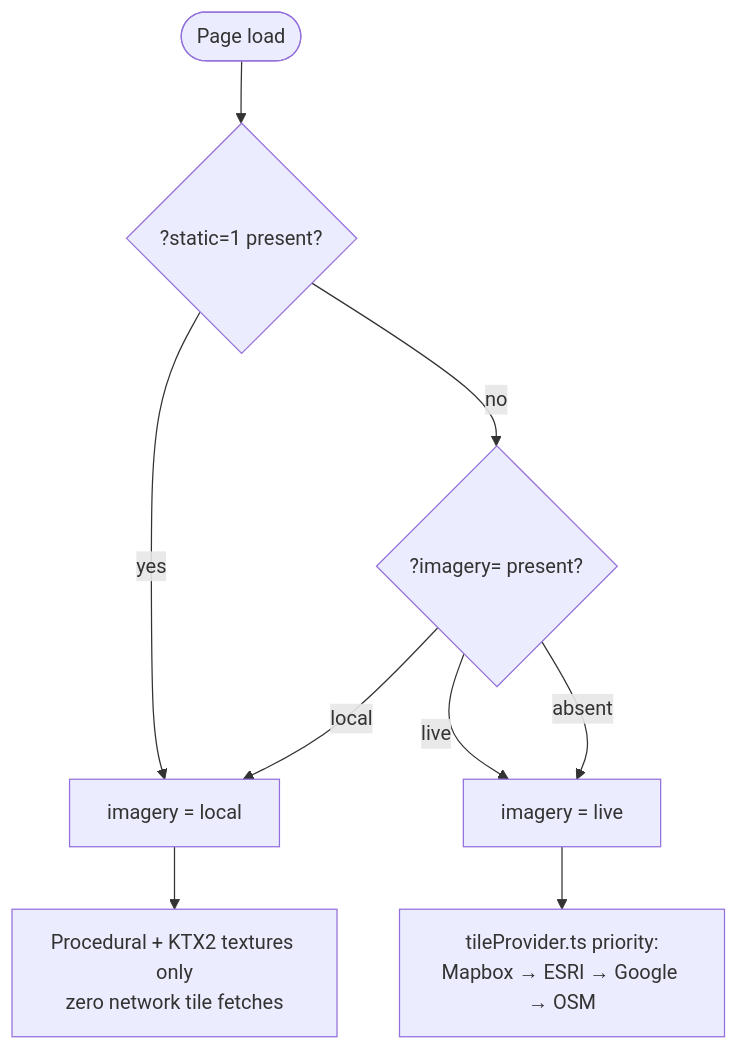
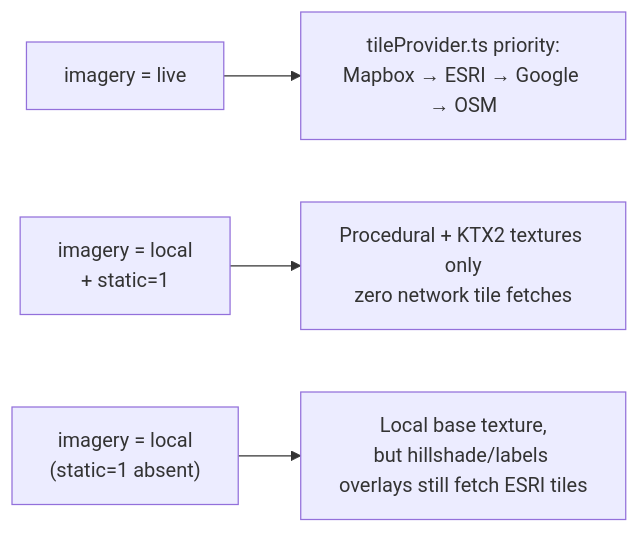
Before and after one commit to companionintelligence/CI-Spatial-Atlas: the eighth of 14 diagrams in docs/architecture.md, drawn with Mermaid. The commit also changed other lines of this file and 30 other files, not shown here.

````diff
--- a/docs/architecture.md
+++ b/docs/architecture.md
@@ -165,11 +256,6 @@
 ```mermaid
-flowchart TD
-    Start(["Page load"]) --> CheckStatic{"?static=1 present?"}
-    CheckStatic -- yes --> Local["imagery = local"]
-    CheckStatic -- no --> CheckImagery{"?imagery= present?"}
-    CheckImagery -- local --> Local
-    CheckImagery -- live --> Live["imagery = live"]
-    CheckImagery -- absent --> Live
-    Local --> LocalTex["Procedural + KTX2 textures only<br/>zero network tile fetches"]
-    Live --> TileProvider["tileProvider.ts priority:<br/>Mapbox → ESRI → Google → OSM"]
+flowchart LR
+    LiveTiles["imagery = live"] --> TileProvider["tileProvider.ts priority:<br/>Mapbox → ESRI → Google → OSM"]
+    LocalStatic["imagery = local<br/>+ static=1"] --> ZeroNetwork["Procedural + KTX2 textures only<br/>zero network tile fetches"]
+    LocalLive["imagery = local<br/>(static=1 absent)"] --> PartialNetwork["Local base texture,<br/>but hillshade/labels overlays still fetch ESRI tiles"]
 ```
````
